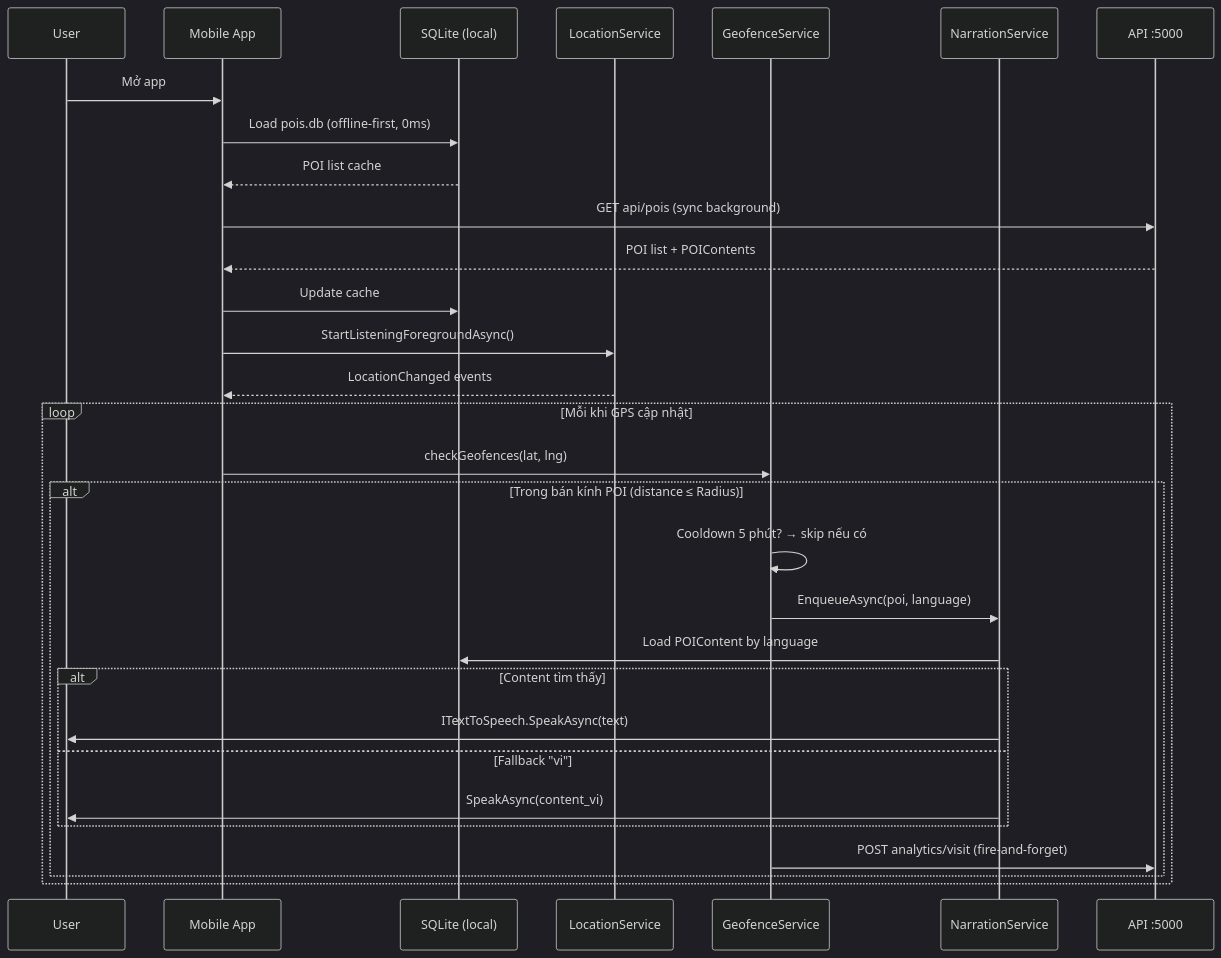
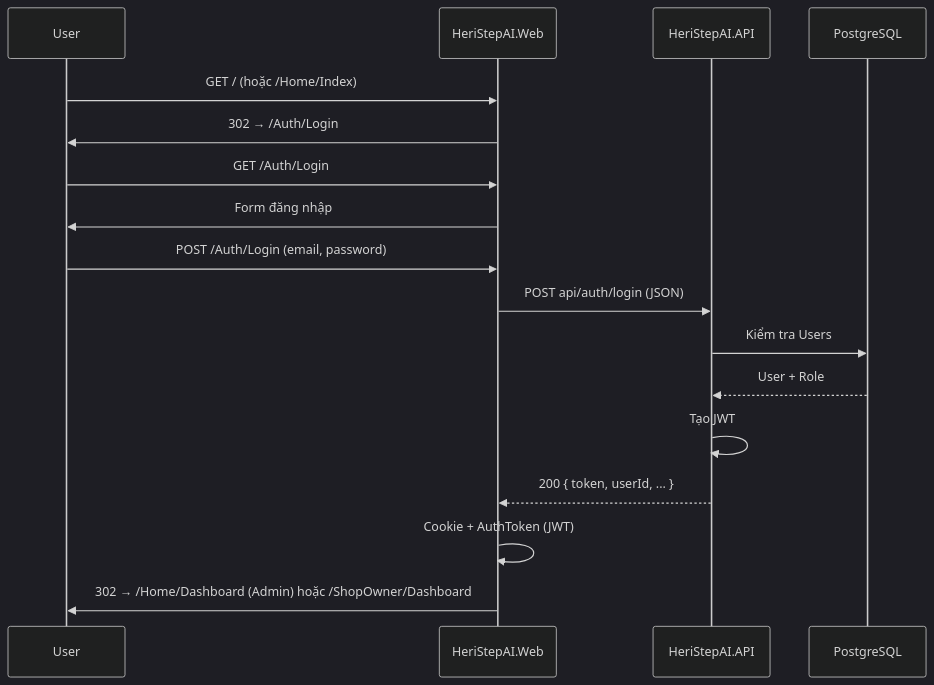
One commit to KhanhChung2k5/k_tour changed the ninth of 12 diagrams in docs/PRODUCT_REQUIREMENTS.md. Above: the diagram before and after it, drawn with Mermaid (dark theme). The commit also changed other lines of this file, not shown here.

````diff
--- a/docs/PRODUCT_REQUIREMENTS.md
+++ b/docs/PRODUCT_REQUIREMENTS.md
@@ -389,36 +687,20 @@
 ```mermaid
 sequenceDiagram
     participant User
-    participant App as Mobile App
-    participant SQLite as SQLite (local)
-    participant GPS as LocationService
-    participant Geo as GeofenceService
-    participant TTS as NarrationService
-    participant API as API :5000
+    participant Web as HeriStepAI.Web
+    participant API as HeriStepAI.API
+    participant DB as PostgreSQL
 
-    User->>App: Mở app
-    App->>SQLite: Load pois.db (offline-first, 0ms)
-    SQLite-->>App: POI list cache
-
-    App->>API: GET api/pois (sync background)
-    API-->>App: POI list + POIContents
-    App->>SQLite: Update cache
-
-    App->>GPS: StartListeningForegroundAsync()
-    GPS-->>App: LocationChanged events
-
-    loop Mỗi khi GPS cập nhật
-        App->>Geo: checkGeofences(lat, lng)
-        alt Trong bán kính POI (distance ≤ Radius)
-            Geo->>Geo: Cooldown 5 phút? → skip nếu có
-            Geo->>TTS: EnqueueAsync(poi, language)
-            TTS->>SQLite: Load POIContent by language
-            alt Content tìm thấy
-                TTS->>User: ITextToSpeech.SpeakAsync(text)
-            else Fallback "vi"
-                TTS->>User: SpeakAsync(content_vi)
-            end
-            Geo->>API: POST analytics/visit (fire-and-forget)
-        end
-    end
+    User->>Web: GET / (hoặc /Home/Index)
+    Web->>User: 302 → /Auth/Login
+    User->>Web: GET /Auth/Login
+    Web->>User: Form đăng nhập
+    User->>Web: POST /Auth/Login (email, password)
+    Web->>API: POST api/auth/login (JSON)
+    API->>DB: Kiểm tra Users
+    DB-->>API: User + Role
+    API->>API: Tạo JWT
+    API-->>Web: 200 { token, userId, ... }
+    Web->>Web: Cookie + AuthToken (JWT)
+    Web->>User: 302 → /Home/Dashboard (Admin) hoặc /ShopOwner/Dashboard
 ```
````
